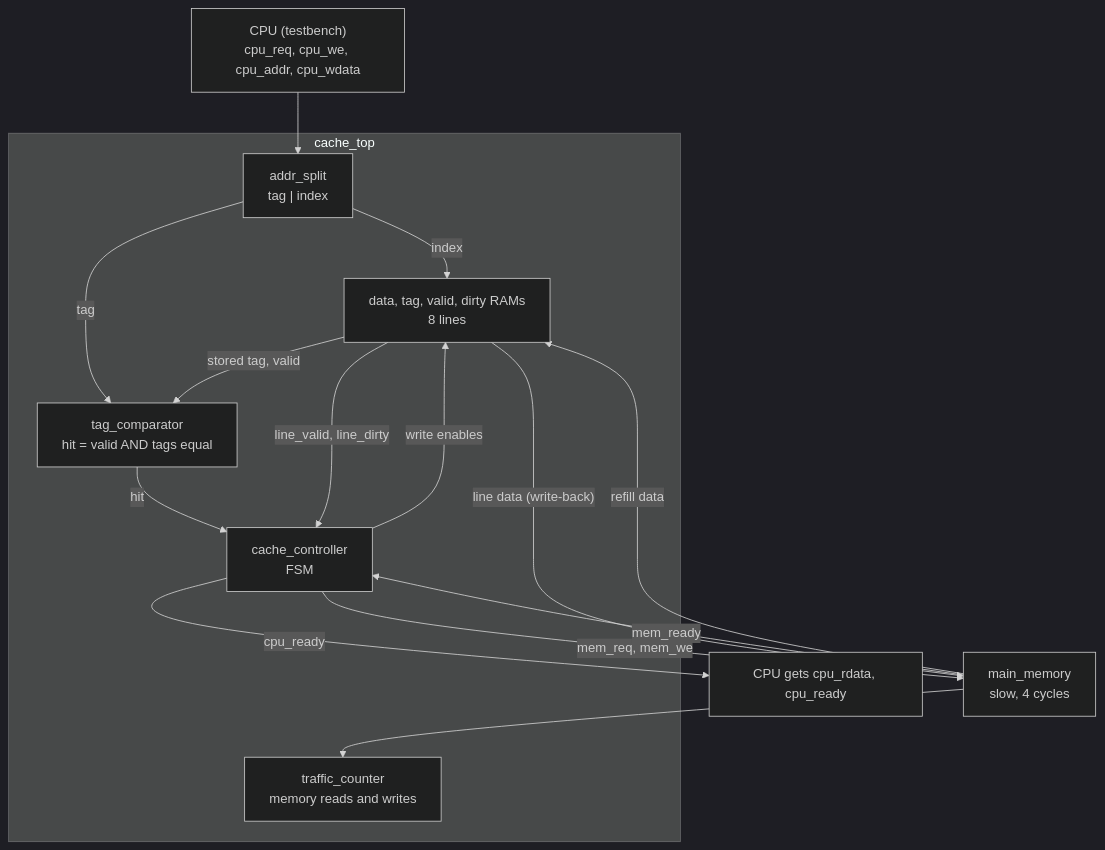
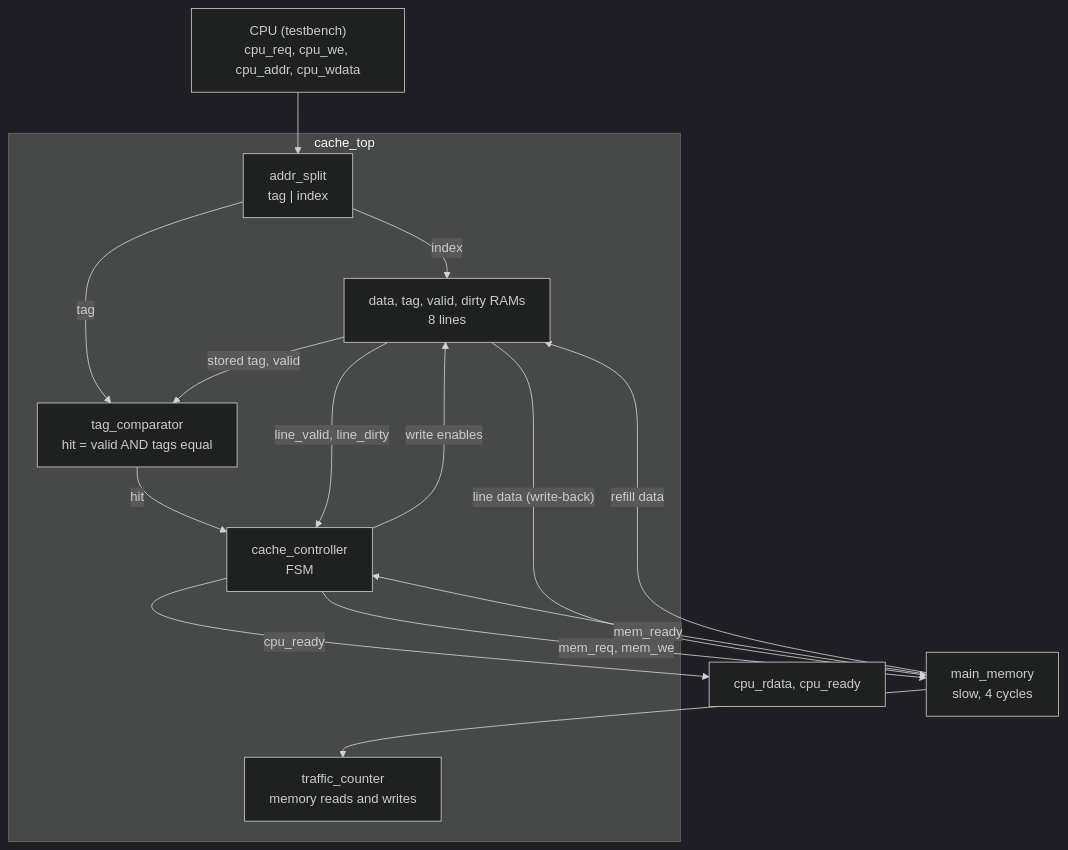
One commit to Abhayanthk/direct-mapped-cache-controller changed the diagram in README.md. Above: the diagram before and after it, drawn with Mermaid (dark theme). The commit also changed other lines of this file, not shown here.

````diff
--- a/README.md
+++ b/README.md
@@ -35,23 +35,23 @@
 ```mermaid
 flowchart TD
     CPU["CPU (testbench)<br/>cpu_req, cpu_we, cpu_addr, cpu_wdata"] --> SPLIT
     subgraph TOP["cache_top"]
         SPLIT["addr_split<br/>tag | index"]
         RAMS["data, tag, valid, dirty RAMs<br/>8 lines"]
         CMP["tag_comparator<br/>hit = valid AND tags equal"]
         CTRL["cache_controller<br/>FSM"]
         CNT["traffic_counter<br/>memory reads and writes"]
     end
     SPLIT -->|"index"| RAMS
     SPLIT -->|"tag"| CMP
     RAMS -->|"stored tag, valid"| CMP
     CMP -->|"hit"| CTRL
     RAMS -->|"line_valid, line_dirty"| CTRL
     CTRL -->|"write enables"| RAMS
     CTRL -->|"mem_req, mem_we"| MEM["main_memory<br/>slow, 4 cycles"]
     MEM -->|"mem_ready"| CTRL
     MEM -->|"refill data"| RAMS
     RAMS -->|"line data (write-back)"| MEM
     MEM --> CNT
-    CTRL -->|"cpu_ready"| OUT["CPU gets cpu_rdata, cpu_ready"]
+    CTRL -->|"cpu_ready"| OUT["cpu_rdata, cpu_ready"]
 ```
````
